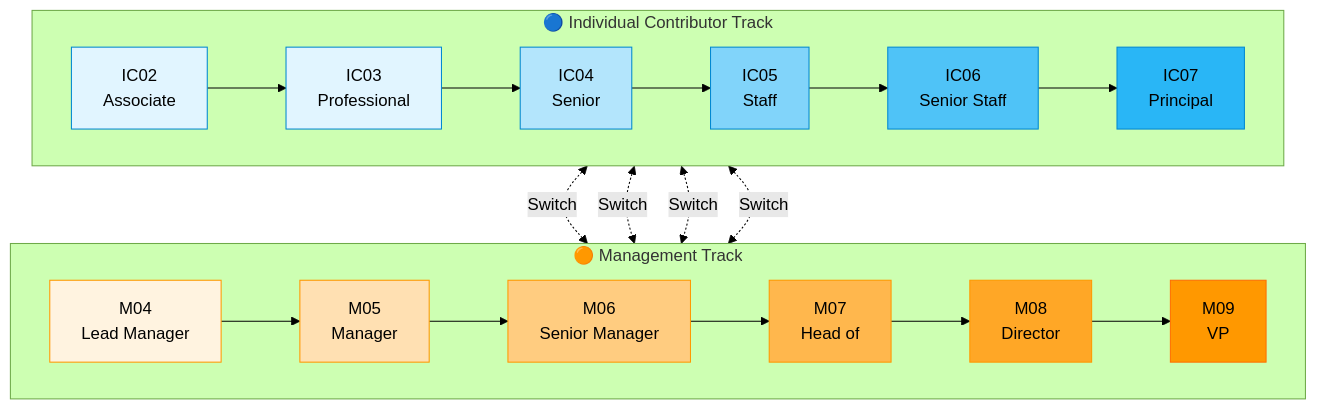
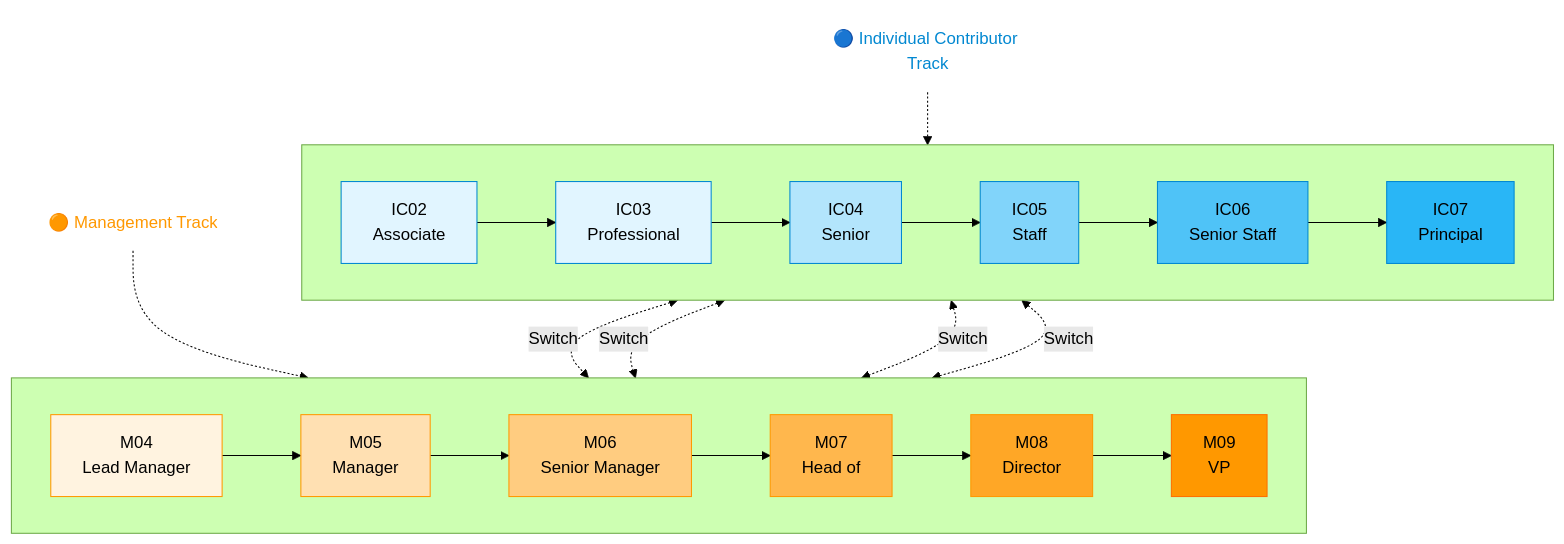
Before and after one commit to ultralytics/handbook: the diagram in docs/en/people/careers/index.md, drawn with Mermaid (forest theme).

Commit message:
Update comp review schedule

````diff
--- a/docs/en/people/careers/index.md
+++ b/docs/en/people/careers/index.md
@@ -21,38 +21,46 @@
 ```mermaid
 graph TB
-    subgraph IC ["🔵 Individual Contributor Track"]
+    IC_TITLE["🔵 Individual Contributor Track"]
+    MGMT_TITLE["🟠 Management Track"]
+    
+    subgraph IC [" "]
         direction LR
         IC02[IC02<br/>Associate] --> IC03[IC03<br/>Professional]
         IC03 --> IC04[IC04<br/>Senior]
         IC04 --> IC05[IC05<br/>Staff]
         IC05 --> IC06[IC06<br/>Senior Staff]
         IC06 --> IC07[IC07<br/>Principal]
     end
     
-    subgraph MGMT ["🟠 Management Track"]
+    subgraph MGMT [" "]
         direction LR
         M04[M04<br/>Lead Manager] --> M05[M05<br/>Manager]
         M05 --> M06[M06<br/>Senior Manager]
         M06 --> M07[M07<br/>Head of]
         M07 --> M08[M08<br/>Director]
         M08 --> M09[M09<br/>VP]
     end
     
+    IC_TITLE -.-> IC
+    MGMT_TITLE -.-> MGMT
+    
     IC04 <-.->|Switch| M04
     IC05 <-.->|Switch| M04
     IC05 <-.->|Switch| M05
     IC06 <-.->|Switch| M05
     
+    style IC_TITLE fill:none,stroke:none,color:#0288d1
+    style MGMT_TITLE fill:none,stroke:none,color:#ff9800
     style IC02 fill:#e1f5ff,stroke:#0288d1
     style IC03 fill:#e1f5ff,stroke:#0288d1
     style IC04 fill:#b3e5fc,stroke:#0288d1
     style IC05 fill:#81d4fa,stroke:#0288d1
     style IC06 fill:#4fc3f7,stroke:#0288d1
     style IC07 fill:#29b6f6,stroke:#0288d1
     style M04 fill:#fff3e0,stroke:#ff9800
     style M05 fill:#ffe0b2,stroke:#ff9800
     style M06 fill:#ffcc80,stroke:#ff9800
     style M07 fill:#ffb74d,stroke:#ff9800
     style M08 fill:#ffa726,stroke:#ff9800
     style M09 fill:#ff9800,stroke:#ff6f00
 ```
````
